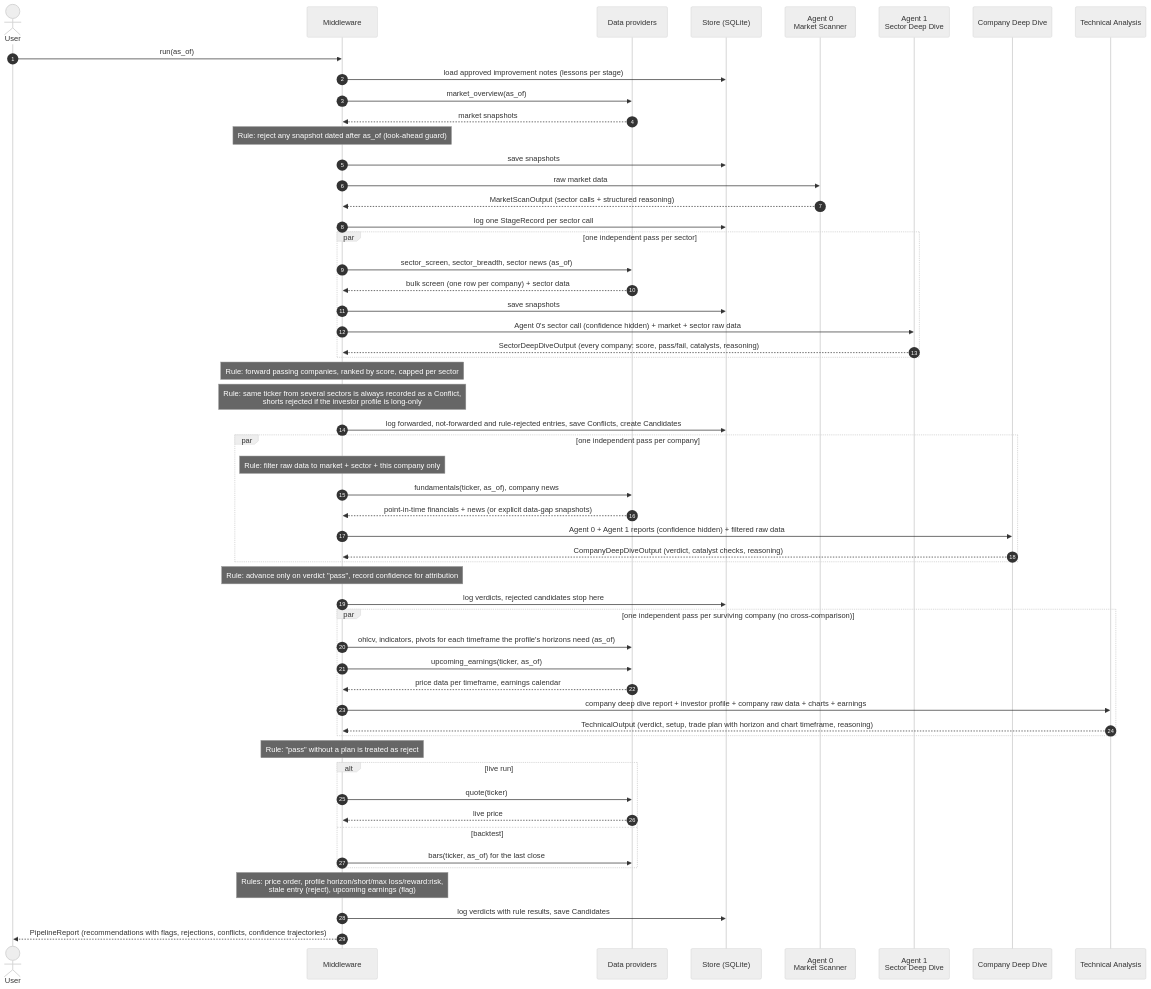
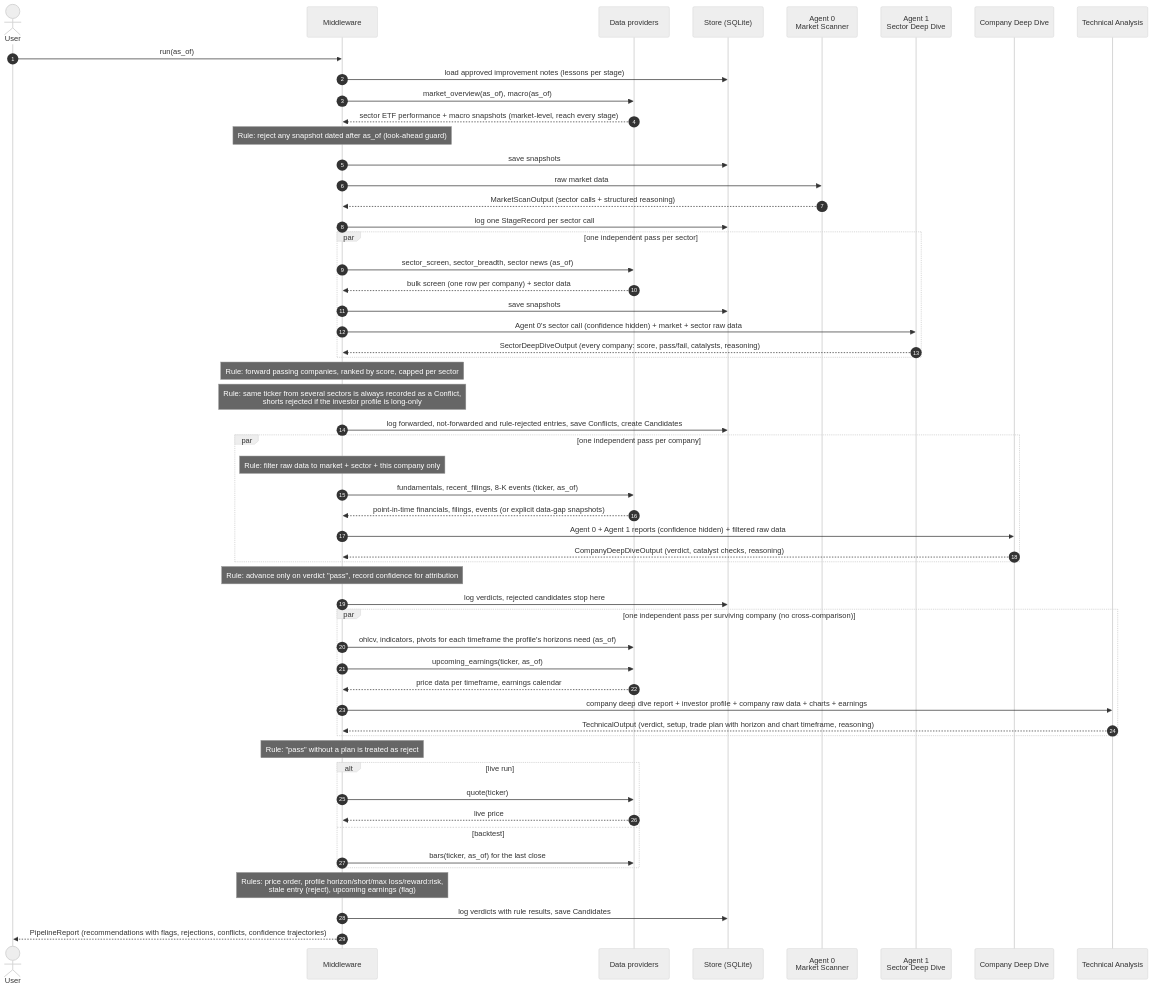
One commit to ashakir11-dev/trading-platform changed the first of 2 diagrams in docs/sequence-diagrams.md. Above: the diagram before and after it, drawn with Mermaid (neutral theme). The commit also changed other lines of this file and 4 other files, not shown here.

````diff
--- a/docs/sequence-diagrams.md
+++ b/docs/sequence-diagrams.md
@@ -14,62 +14,62 @@
 ```mermaid
 sequenceDiagram
     autonumber
     actor User
     participant MW as Middleware
     participant Data as Data providers
     participant Store as Store (SQLite)
     participant A0 as Agent 0<br/>Market Scanner
     participant A1 as Agent 1<br/>Sector Deep Dive
     participant A2 as Company Deep Dive
     participant A3 as Technical Analysis
 
     User->>MW: run(as_of)
     MW->>Store: load approved improvement notes (lessons per stage)
 
-    MW->>Data: market_overview(as_of)
-    Data-->>MW: market snapshots
+    MW->>Data: market_overview(as_of), macro(as_of)
+    Data-->>MW: sector ETF performance + macro snapshots (market-level, reach every stage)
     Note over MW: Rule: reject any snapshot dated after as_of (look-ahead guard)
     MW->>Store: save snapshots
     MW->>A0: raw market data
     A0-->>MW: MarketScanOutput (sector calls + structured reasoning)
     MW->>Store: log one StageRecord per sector call
 
     par one independent pass per sector
         MW->>Data: sector_screen, sector_breadth, sector news (as_of)
         Data-->>MW: bulk screen (one row per company) + sector data
         MW->>Store: save snapshots
         MW->>A1: Agent 0's sector call (confidence hidden) + market + sector raw data
         A1-->>MW: SectorDeepDiveOutput (every company: score, pass/fail, catalysts, reasoning)
     end
     Note over MW: Rule: forward passing companies, ranked by score, capped per sector
     Note over MW: Rule: same ticker from several sectors is always recorded as a Conflict,<br/>shorts rejected if the investor profile is long-only
     MW->>Store: log forwarded, not-forwarded and rule-rejected entries, save Conflicts, create Candidates
 
     par one independent pass per company
         Note over MW: Rule: filter raw data to market + sector + this company only
-        MW->>Data: fundamentals(ticker, as_of), company news
-        Data-->>MW: point-in-time financials + news (or explicit data-gap snapshots)
+        MW->>Data: fundamentals, recent_filings, 8-K events (ticker, as_of)
+        Data-->>MW: point-in-time financials, filings, events (or explicit data-gap snapshots)
         MW->>A2: Agent 0 + Agent 1 reports (confidence hidden) + filtered raw data
         A2-->>MW: CompanyDeepDiveOutput (verdict, catalyst checks, reasoning)
     end
     Note over MW: Rule: advance only on verdict "pass", record confidence for attribution
     MW->>Store: log verdicts, rejected candidates stop here
 
     par one independent pass per surviving company (no cross-comparison)
         MW->>Data: ohlcv, indicators, pivots for each timeframe the profile's horizons need (as_of)
         MW->>Data: upcoming_earnings(ticker, as_of)
         Data-->>MW: price data per timeframe, earnings calendar
         MW->>A3: company deep dive report + investor profile + company raw data + charts + earnings
         A3-->>MW: TechnicalOutput (verdict, setup, trade plan with horizon and chart timeframe, reasoning)
     end
     Note over MW: Rule: "pass" without a plan is treated as reject
     alt live run
         MW->>Data: quote(ticker)
         Data-->>MW: live price
     else backtest
         MW->>Data: bars(ticker, as_of) for the last close
     end
     Note over MW: Rules: price order, profile horizon/short/max loss/reward:risk,<br/>stale entry (reject), upcoming earnings (flag)
     MW->>Store: log verdicts with rule results, save Candidates
     MW-->>User: PipelineReport (recommendations with flags, rejections, conflicts, confidence trajectories)
 ```
````
